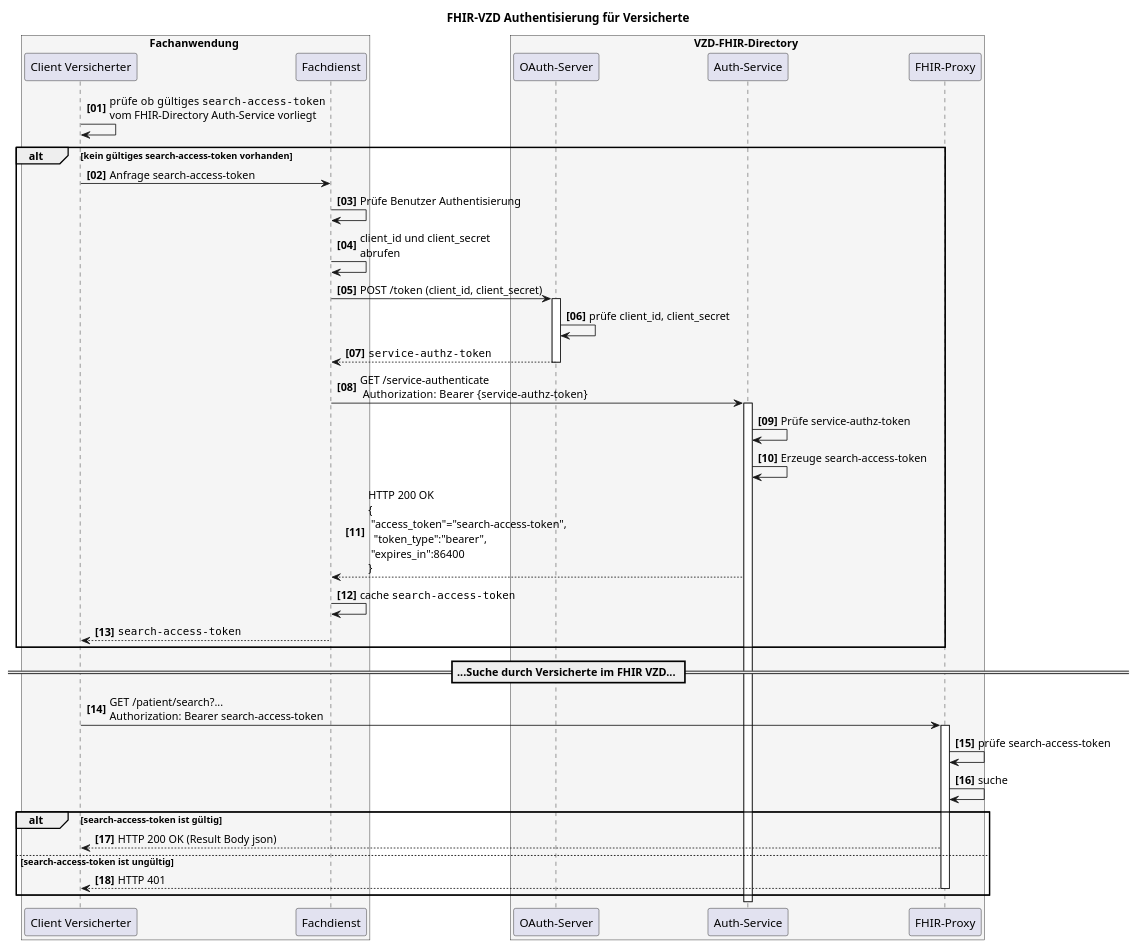
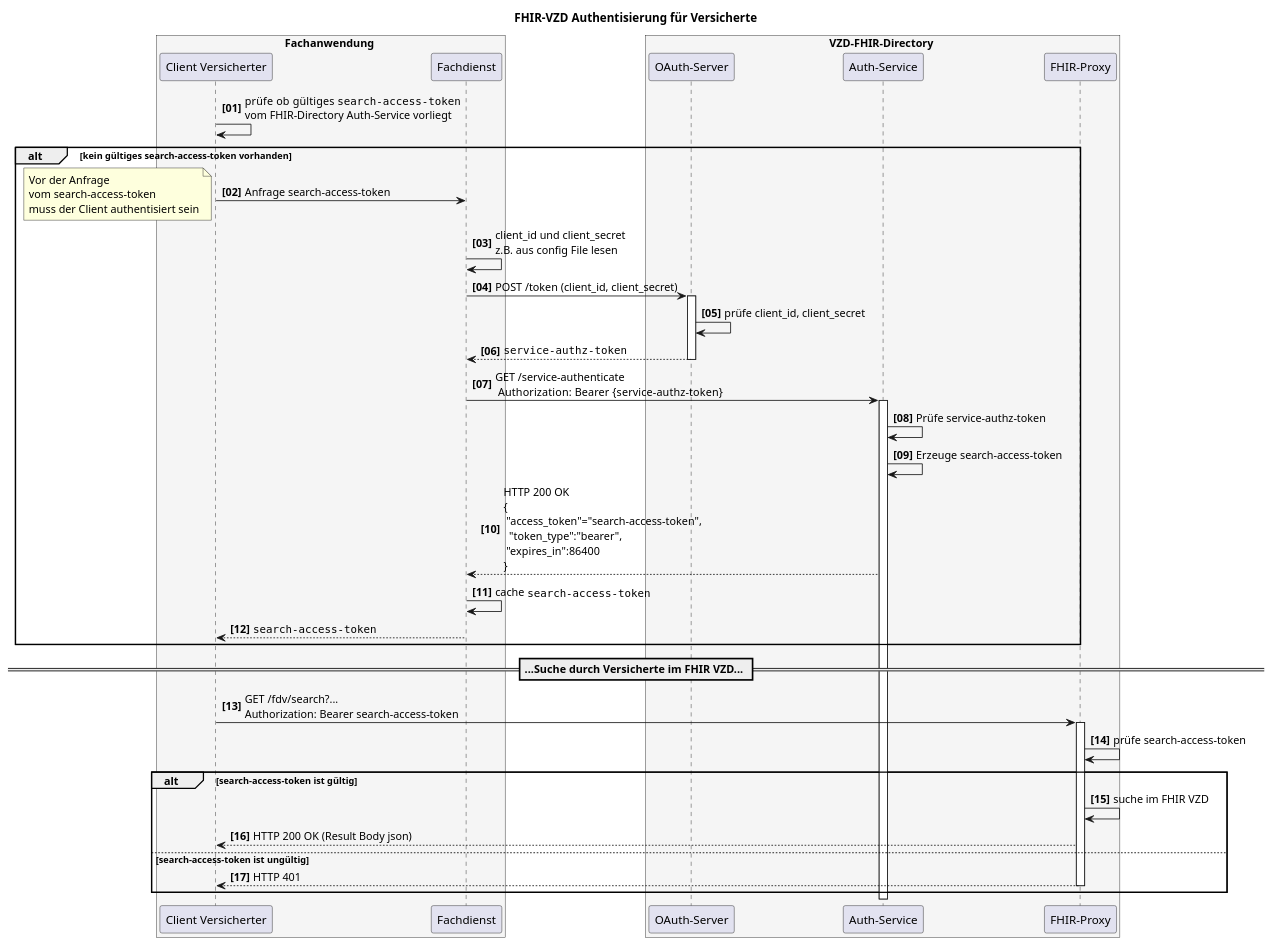
The diagram in src/plantuml/SequenceDiagram.FHIR-Directory.fdv.search.puml (gematik/api-vzd), drawn with PlantUML before and after one commit.

```diff
--- a/src/plantuml/SequenceDiagram.FHIR-Directory.fdv.search.puml
+++ b/src/plantuml/SequenceDiagram.FHIR-Directory.fdv.search.puml
@@ -1,56 +1,59 @@
 @startuml
 autonumber 1 1 "<b>[00]"
 title "FHIR-VZD Authentisierung für Versicherte"
 
 
 box Fachanwendung #WhiteSmoke
     participant VClient as "Client Versicherter"
     participant FDienst as "Fachdienst"
 end box
 
 box VZD-FHIR-Directory #WhiteSmoke
     participant "OAuth-Server" as VzdOAuth
     participant "Auth-Service" as VzdAuth
     participant fp as "FHIR-Proxy"
 end box
 
 
+
 VClient-> VClient: prüfe ob  gültiges ""search-access-token""\nvom FHIR-Directory Auth-Service vorliegt
 
 
 alt kein gültiges search-access-token vorhanden
    VClient-> FDienst: Anfrage search-access-token
 
-   FDienst->FDienst: Prüfe Benutzer Authentisierung
+note left: Vor der Anfrage\nvom search-access-token\nmuss der Client authentisiert sein
+
    
-   FDienst -> FDienst: client_id und client_secret\nabrufen
+   FDienst -> FDienst: client_id und client_secret\nz.B. aus config File lesen
    FDienst ->VzdOAuth++: POST /token (client_id, client_secret)
    VzdOAuth->VzdOAuth: prüfe client_id, client_secret
    VzdOAuth-->FDienst--: ""service-authz-token""
 
    FDienst->VzdAuth++: GET /service-authenticate \n Authorization:   Bearer {service-authz-token}
 
    VzdAuth->VzdAuth: Prüfe service-authz-token
 
    VzdAuth->VzdAuth: Erzeuge search-access-token
    VzdAuth-->FDienst: HTTP 200 OK\n{\n "access_token"="search-access-token",\n  "token_type":"bearer",\n "expires_in":86400\n}
 
    FDienst->FDienst: cache ""search-access-token""
 
    FDienst-->VClient: ""search-access-token""
 end
 
 == ...Suche durch Versicherte im FHIR VZD... ==
 
-VClient -> fp: GET /patient/search?... \nAuthorization: Bearer search-access-token
+VClient -> fp: GET /fdv/search?... \nAuthorization: Bearer search-access-token
 activate fp
 fp -> fp: prüfe search-access-token
-fp -> fp: suche
+
 alt search-access-token ist gültig
+   fp -> fp: suche im FHIR VZD
    fp --> VClient : HTTP 200 OK (Result Body json)
  else search-access-token ist ungültig
    fp --> VClient : HTTP 401
    deactivate fp
 end
 
 @enduml
```
